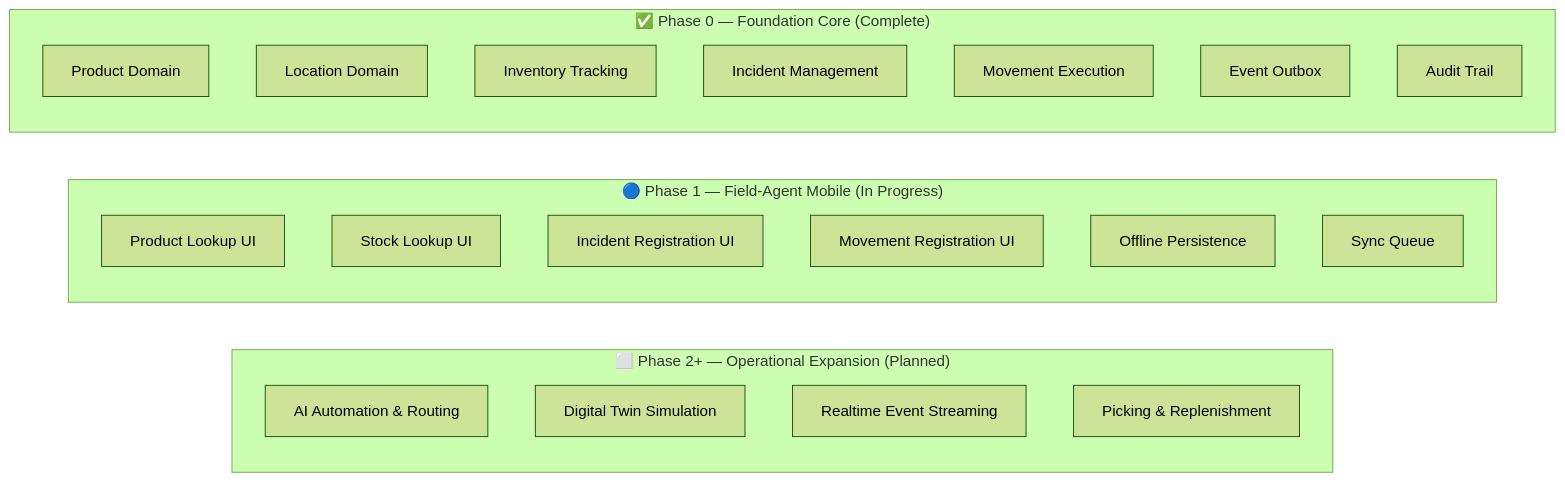
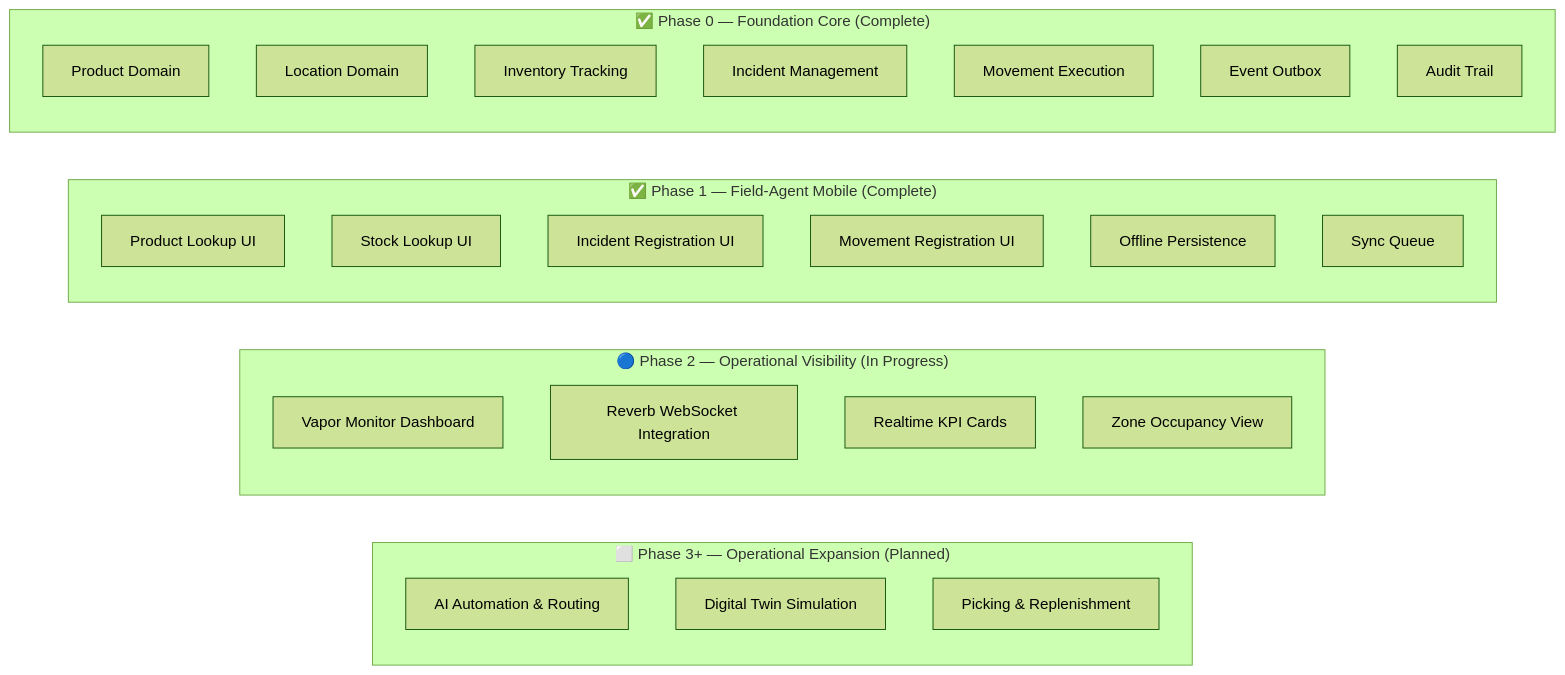
Before and after one commit to h-builds/nexus-wms: the fifth of 5 diagrams in README.md, drawn with Mermaid (forest theme). The commit also changed other lines of this file, not shown here.

Commit message:
feat: initialize Phase 2 operational visibility task and update project roadmap documentation

````diff
--- a/README.md
+++ b/README.md
@@ -157,34 +166,42 @@
 ```mermaid
 flowchart TB
     subgraph Phase0 ["✅ Phase 0 — Foundation Core (Complete)"]
         direction TB
         P["Product Domain"]
         L["Location Domain"]
         I["Inventory Tracking"]
         IR["Incident Management"]
         MT["Movement Execution"]
         EV["Event Outbox"]
         AU["Audit Trail"]
     end
 
-    subgraph Phase1 ["🔵 Phase 1 — Field-Agent Mobile (In Progress)"]
+    subgraph Phase1 ["✅ Phase 1 — Field-Agent Mobile (Complete)"]
         direction TB
         PL["Product Lookup UI"]
         SL["Stock Lookup UI"]
         IReg["Incident Registration UI"]
         MReg["Movement Registration UI"]
         OFF["Offline Persistence"]
         SYN["Sync Queue"]
     end
 
-    subgraph FutureScope ["⬜ Phase 2+ — Operational Expansion (Planned)"]
+    subgraph Phase2 ["🔵 Phase 2 — Operational Visibility (In Progress)"]
+        direction TB
+        VM["Vapor Monitor Dashboard"]
+        REV["Reverb WebSocket Integration"]
+        KPI["Realtime KPI Cards"]
+        OCC["Zone Occupancy View"]
+    end
+
+    subgraph FutureScope ["⬜ Phase 3+ — Operational Expansion (Planned)"]
         direction TB
         AI["AI Automation & Routing"]
         DT["Digital Twin Simulation"]
-        RE["Realtime Event Streaming"]
         PK["Picking & Replenishment"]
     end
 
     Phase0 ~~~ Phase1
-    Phase1 ~~~ FutureScope
+    Phase1 ~~~ Phase2
+    Phase2 ~~~ FutureScope
 ```
````
